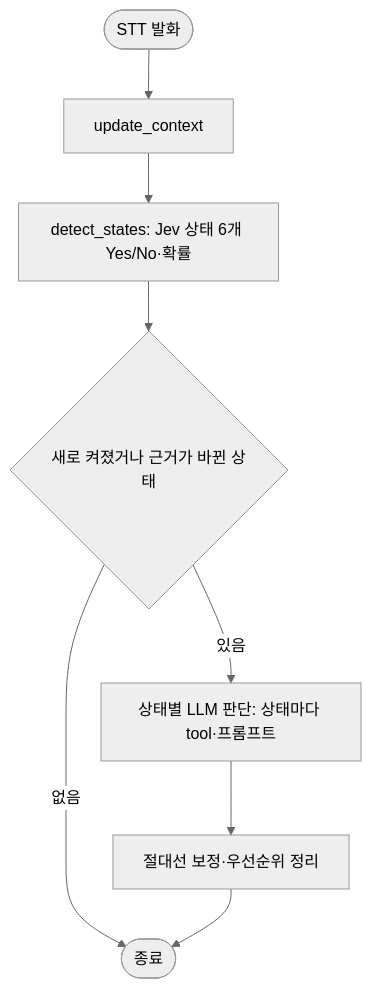
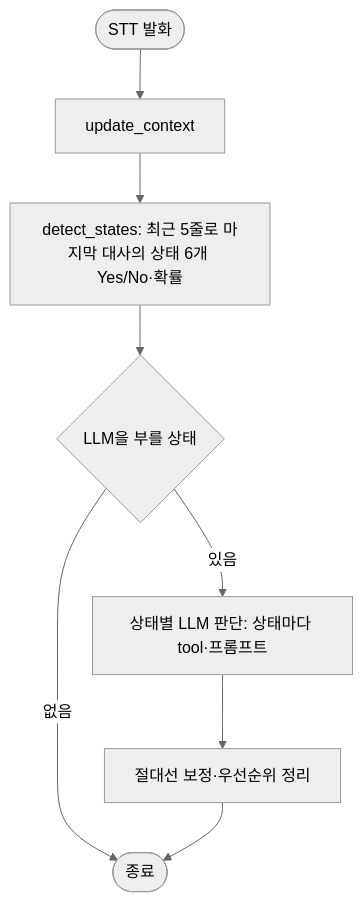
Before and after one commit to M4-Scamshield/scam-agent: the diagram in openspec/changes/jev-state-agents/design.md, drawn with Mermaid (neutral theme). The commit also changed other lines of this file and 4 other files, not shown here.

````diff
--- a/openspec/changes/jev-state-agents/design.md
+++ b/openspec/changes/jev-state-agents/design.md
@@ -14,10 +14,10 @@
 ```mermaid
 flowchart TD
     S([STT 발화]) --> U[update_context]
-    U --> J[detect_states: Jev 상태 6개 Yes/No·확률]
-    J --> R{새로 켜졌거나 근거가 바뀐 상태}
+    U --> J[detect_states: 최근 5줄로 마지막 대사의 상태 6개 Yes/No·확률]
+    J --> R{LLM을 부를 상태}
     R -->|없음| E([종료])
     R -->|있음| A[상태별 LLM 판단: 상태마다 tool·프롬프트]
     A --> G[절대선 보정·우선순위 정리]
     G --> E
 ```
````
